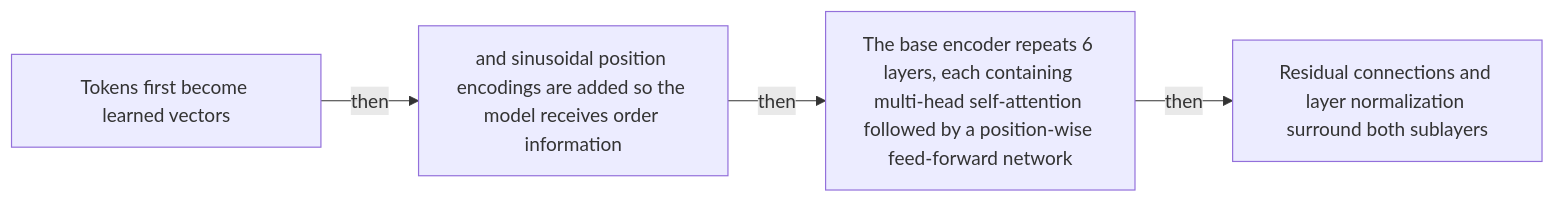
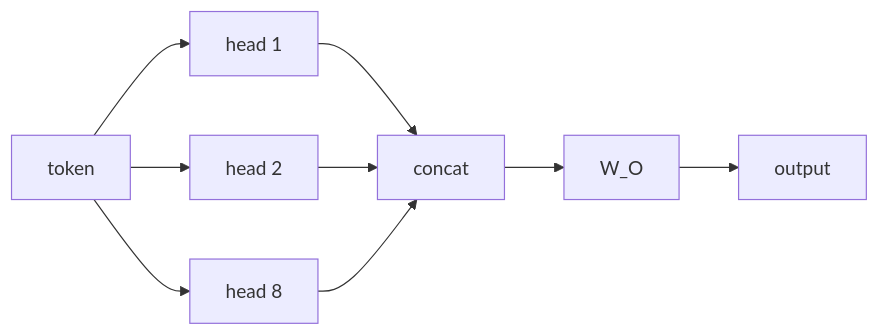
Before and after one commit to Betancourt1/paper_atlas: the third of 6 diagrams in docs/visual-manifests/VISUAL_MANIFEST_ATTENTION_IS_ALL_YOU_NEED.md, drawn with Mermaid. The commit also changed other lines of this file and 52 other files, not shown here.

````diff
--- a/docs/visual-manifests/VISUAL_MANIFEST_ATTENTION_IS_ALL_YOU_NEED.md
+++ b/docs/visual-manifests/VISUAL_MANIFEST_ATTENTION_IS_ALL_YOU_NEED.md
@@ -1171,10 +340,18 @@
 ```mermaid
 flowchart LR
-  n1["Tokens first become learned vectors"]
-  n2["and sinusoidal position encodings are added so the model receives order information"]
-  n3["The base encoder repeats 6 layers, each containing multi-head self-attention followed by a position-wise feed-forward network"]
-  n4["Residual connections and layer normalization surround both sublayers"]
-  n1 -->|"then"| n2
-  n2 -->|"then"| n3
-  n3 -->|"then"| n4
+  n0["token"]
+  n1["head 1"]
+  n2["head 2"]
+  n3["head 8"]
+  n4["concat"]
+  n5["W_O"]
+  n6["output"]
+  n0 --> n1
+  n0 --> n2
+  n0 --> n3
+  n1 --> n4
+  n2 --> n4
+  n3 --> n4
+  n4 --> n5
+  n5 --> n6
 ```
````
